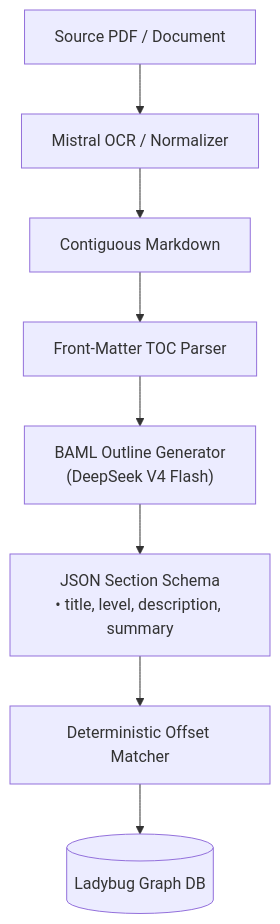
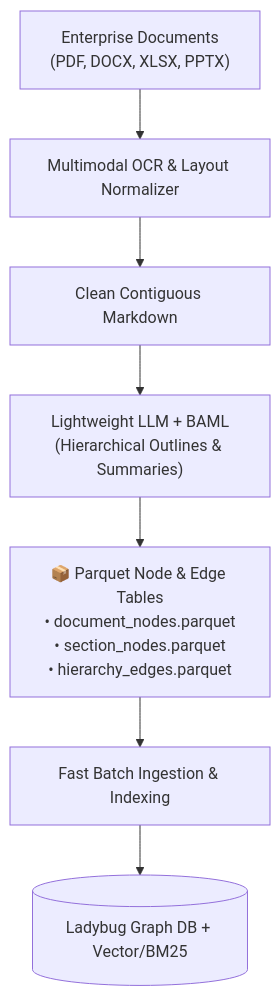
The third of 4 diagrams in docs/slides-benchmark.md (tclatos/genai-tk), drawn with Mermaid before and after one commit. The commit also changed other lines of this file and 8 other files, not shown here.

````diff
--- a/docs/slides-benchmark.md
+++ b/docs/slides-benchmark.md
@@ -155,10 +188,9 @@
 ```mermaid
 flowchart TD
-    PDF["Source PDF / Document"] --> OCR["Mistral OCR / Normalizer"]
-    OCR --> MD["Contiguous Markdown"]
-    MD --> TOC["Front-Matter TOC Parser"]
-    TOC --> BAML["BAML Outline Generator<br/>(DeepSeek V4 Flash)"]
-    BAML --> OUT["JSON Section Schema<br/>• title, level, description, summary"]
-    OUT --> ALIGN["Deterministic Offset Matcher"]
-    ALIGN --> LADYBUG[("Ladybug Graph DB")]
+    SRC["Enterprise Documents<br/>(PDF, DOCX, XLSX, PPTX)"] --> OCR["Multimodal OCR & Layout Normalizer"]
+    OCR --> MD["Clean Contiguous Markdown"]
+    MD --> LLM["Lightweight LLM + BAML<br/>(Hierarchical Outlines & Summaries)"]
+    LLM --> PARQUET["📦 Parquet Node & Edge Tables<br/>• document_nodes.parquet<br/>• section_nodes.parquet<br/>• hierarchy_edges.parquet"]
+    PARQUET --> BATCH["Fast Batch Ingestion & Indexing"]
+    BATCH --> DB[("Ladybug Graph DB + Vector/BM25")]
 ```
````
